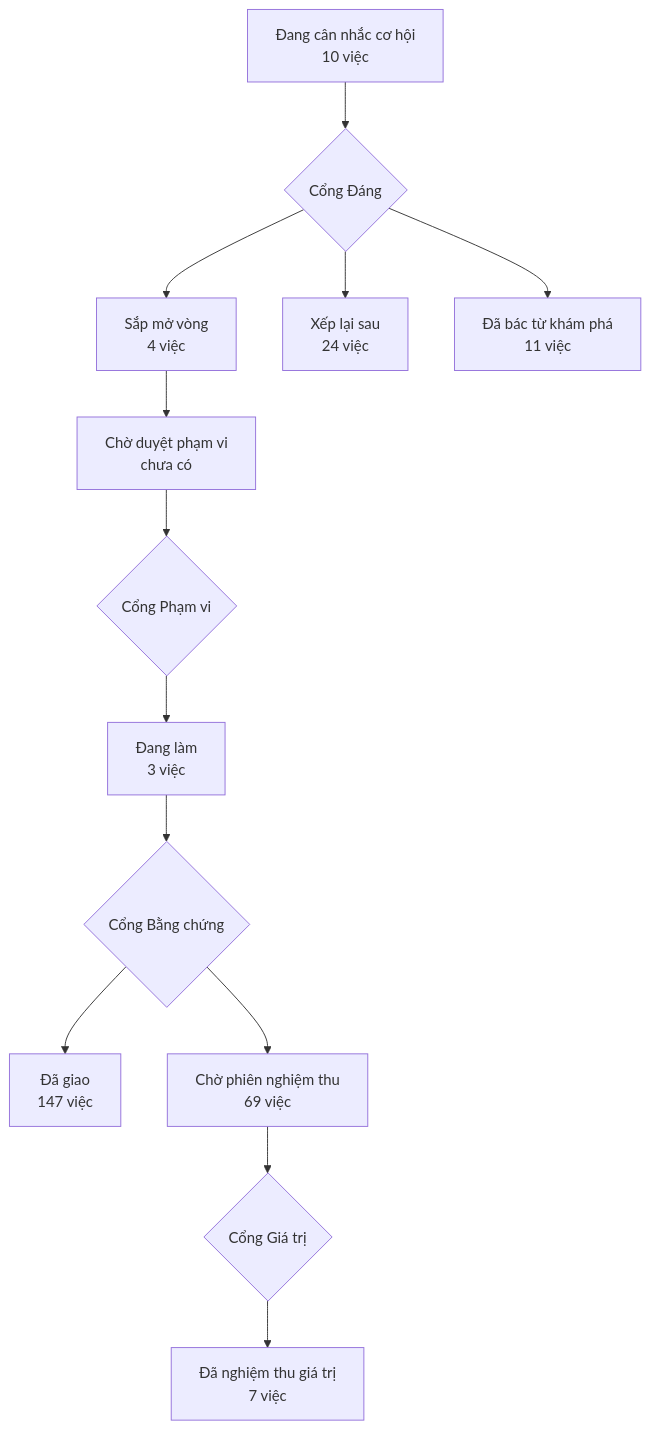
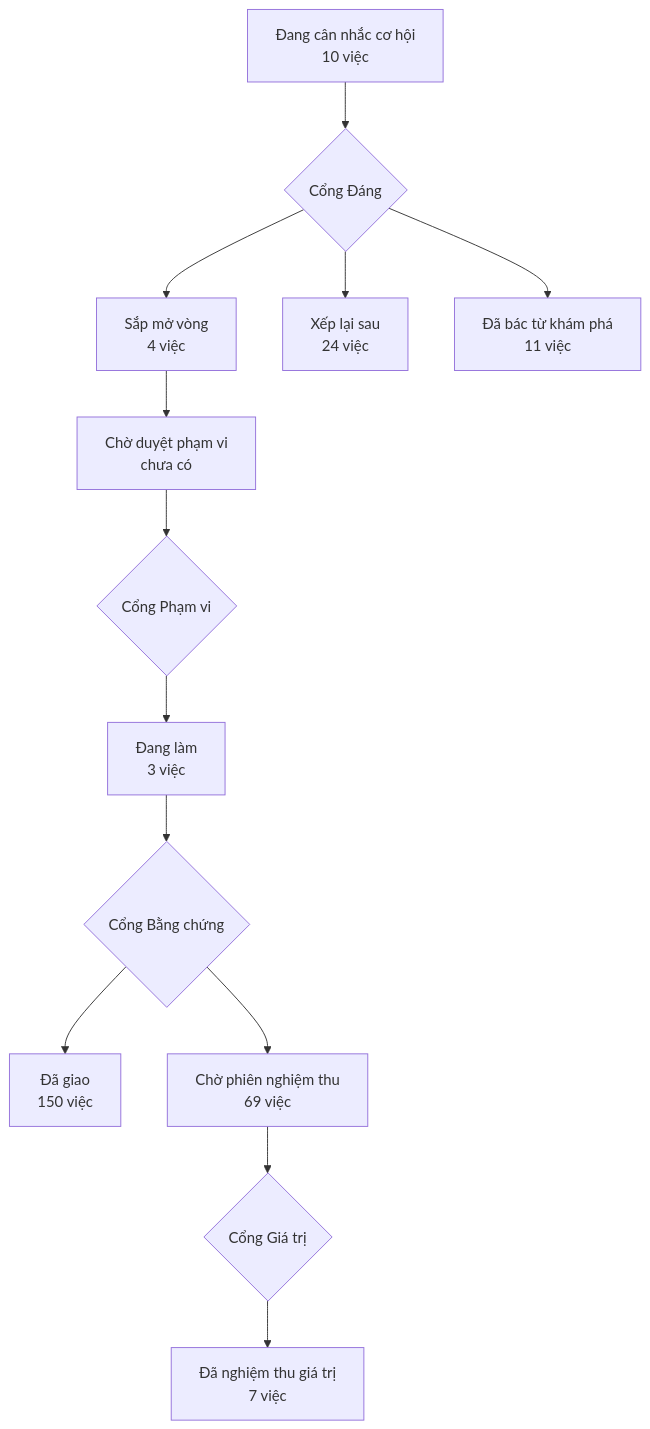
The diagram in PRODUCT-MAP.md (phanlemanh/acceptance-gate-kit), drawn with Mermaid before and after one commit. The commit also changed other lines of this file and 1 other file, not shown here.

````diff
--- a/PRODUCT-MAP.md
+++ b/PRODUCT-MAP.md
@@ -7,12 +7,12 @@
 ```mermaid
 flowchart TD
   A["Đang cân nhắc cơ hội<br/>10 việc"] --> GD{"Cổng Đáng"}
   GD --> B["Sắp mở vòng<br/>4 việc"]
   GD --> XL["Xếp lại sau<br/>24 việc"]
   GD --> DB["Đã bác từ khám phá<br/>11 việc"]
   B --> CD["Chờ duyệt phạm vi<br/>chưa có"] --> GP{"Cổng Phạm vi"}
   GP --> DL["Đang làm<br/>3 việc"] --> GB{"Cổng Bằng chứng"}
-  GB --> DG["Đã giao<br/>147 việc"]
+  GB --> DG["Đã giao<br/>150 việc"]
   GB --> CN["Chờ phiên nghiệm thu<br/>69 việc"] --> GG{"Cổng Giá trị"}
   GG --> NT["Đã nghiệm thu giá trị<br/>7 việc"]
 ```
````
